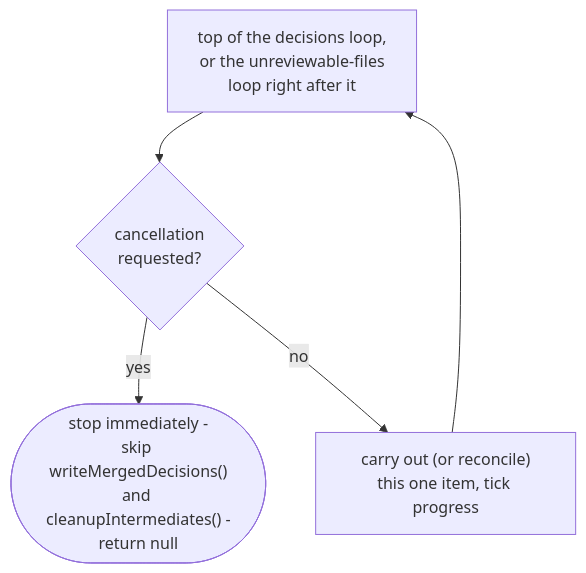
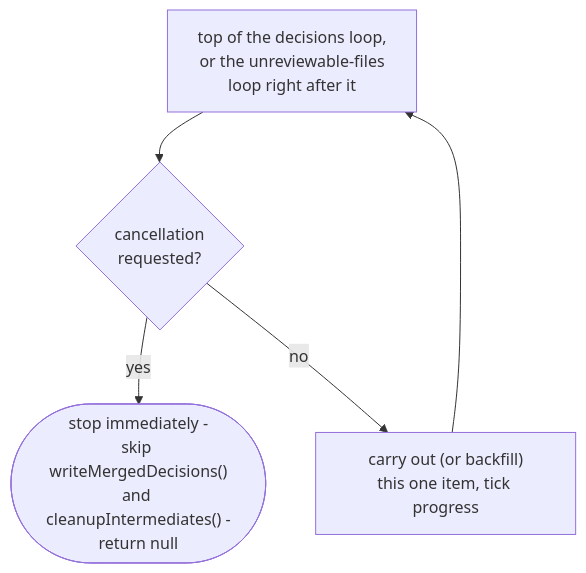
The fifth of 6 diagrams in app/docs/design/application/service/apply-engine.md (AdrianNachev91/sluice), drawn with Mermaid before and after one commit. The commit also changed other lines of this file and 8 other files, not shown here.

````diff
--- a/app/docs/design/application/service/apply-engine.md
+++ b/app/docs/design/application/service/apply-engine.md
@@ -197,7 +197,7 @@
 ```mermaid
 flowchart TD
     A["top of the decisions loop,<br/>or the unreviewable-files<br/>loop right after it"] --> B{"cancellation<br/>requested?"}
     B -- yes --> Z(["stop immediately -<br/>skip writeMergedDecisions()<br/>and cleanupIntermediates() -<br/>return null"])
-    B -- no --> C["carry out (or reconcile)<br/>this one item, tick progress"]
+    B -- no --> C["carry out (or backfill)<br/>this one item, tick progress"]
     C --> A
 ```
````
